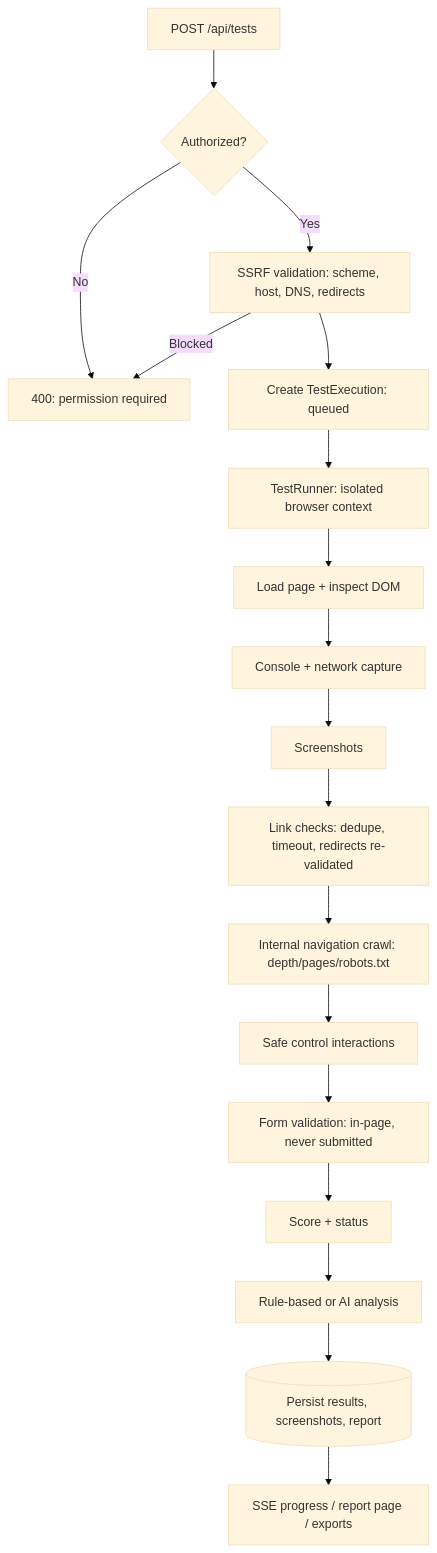
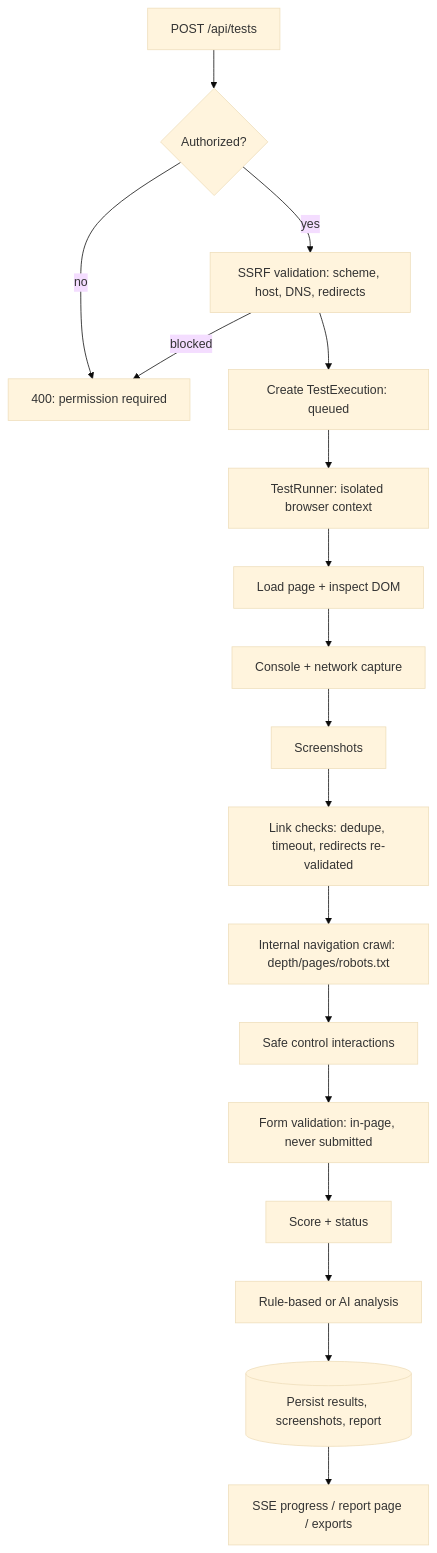
The second of 2 diagrams in README.md (samififteen/Website-testpilot), drawn with Mermaid (base theme) before and after one commit. The commit also changed other lines of this file and 3 other files, not shown here.

````diff
--- a/README.md
+++ b/README.md
@@ -117,20 +106,20 @@
 ```mermaid
 flowchart TD
     A[POST /api/tests] --> B{Authorized?}
-    B -- No --> X[400: permission required]
-    B -- Yes --> C[SSRF validation: scheme, host, DNS, redirects]
-    C -->|Blocked| X
+    B -- no --> X[400: permission required]
+    B -- yes --> C[SSRF validation: scheme, host, DNS, redirects]
+    C -->|blocked| X
     C --> D[Create TestExecution: queued]
     D --> E[TestRunner: isolated browser context]
     E --> F[Load page + inspect DOM]
     F --> G[Console + network capture]
     G --> H[Screenshots]
     H --> I[Link checks: dedupe, timeout, redirects re-validated]
     I --> J[Internal navigation crawl: depth/pages/robots.txt]
     J --> K[Safe control interactions]
     K --> L[Form validation: in-page, never submitted]
     L --> M[Score + status]
     M --> N[Rule-based or AI analysis]
     N --> O[(Persist results, screenshots, report)]
     O --> P[SSE progress / report page / exports]
 ```
````
